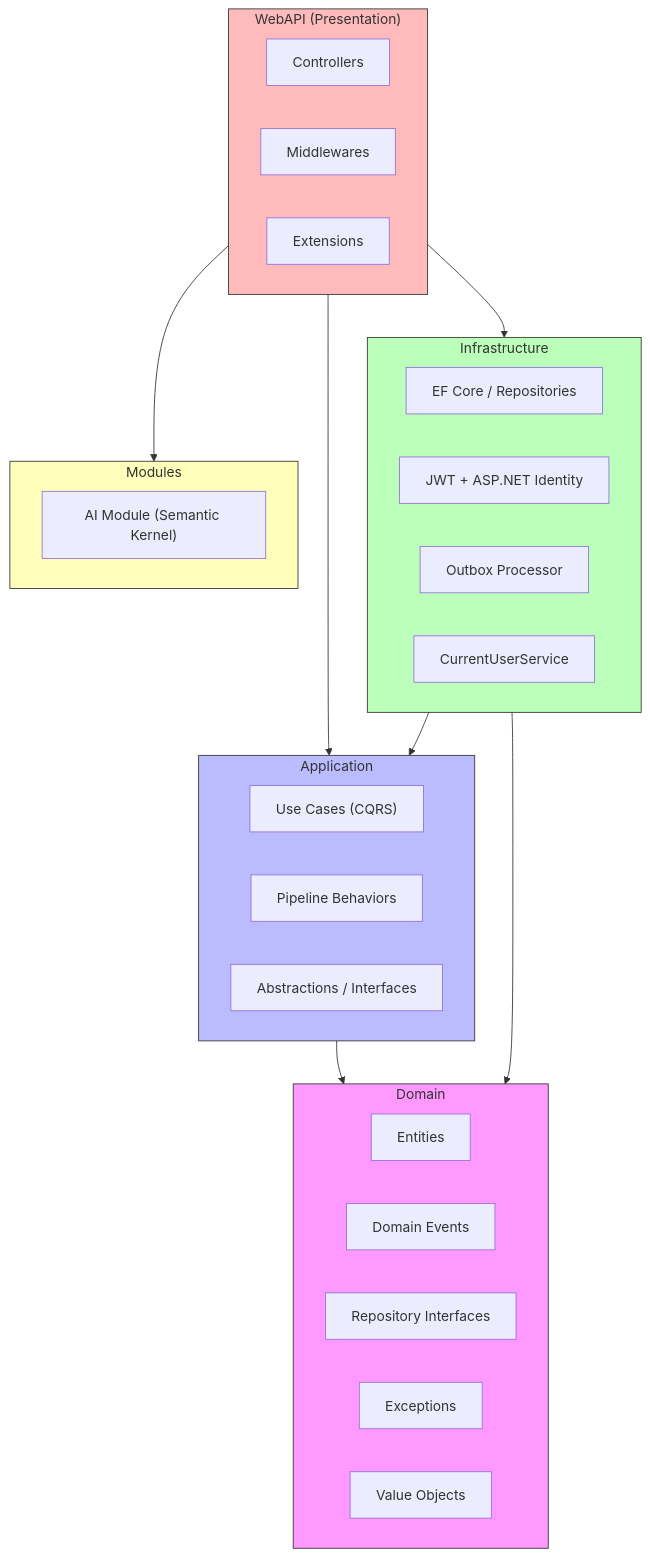
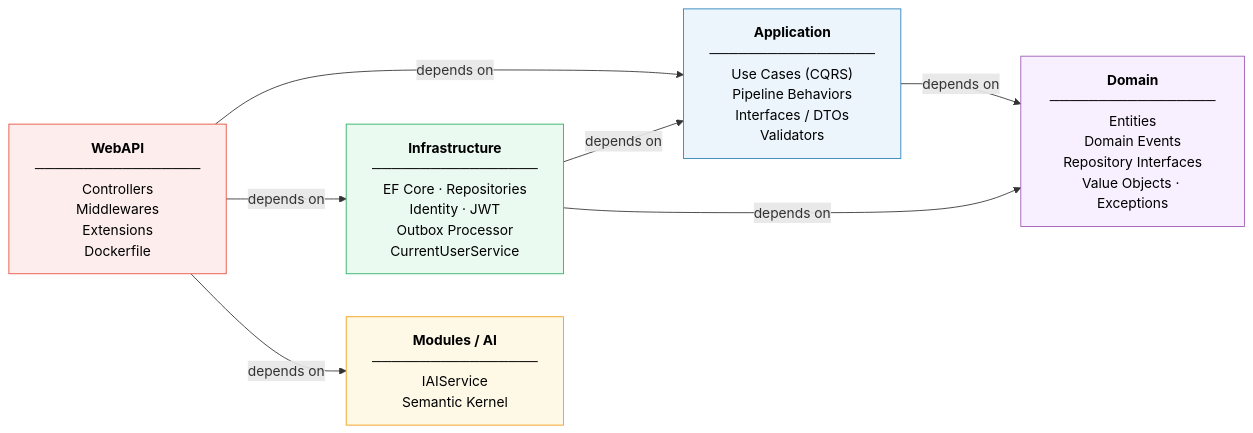
One commit to MateusjsSilva/DotNet.CleanArchitecture changed the first of 10 diagrams in README.md. Above: the diagram before and after it, drawn with Mermaid. The commit also changed other lines of this file, not shown here.

Commit message:
feat: Refactor architecture overview in README.md for clarity and improved diagram representation

````diff
--- a/README.md
+++ b/README.md
@@ -27,46 +27,25 @@
 ```mermaid
-graph TD
-    subgraph Presentation["WebAPI (Presentation)"]
-        Controllers
-        Middlewares
-        Extensions
-    end
+graph LR
+    WA["<b>WebAPI</b><br/>─────────────────<br/>Controllers<br/>Middlewares<br/>Extensions<br/>Dockerfile"]
 
-    subgraph Application
-        UseCases["Use Cases (CQRS)"]
-        Behaviors["Pipeline Behaviors"]
-        Interfaces["Abstractions / Interfaces"]
-    end
+    IF["<b>Infrastructure</b><br/>─────────────────<br/>EF Core · Repositories<br/>Identity · JWT<br/>Outbox Processor<br/>CurrentUserService"]
 
-    subgraph Domain
-        Entities
-        Events["Domain Events"]
-        DomainInterfaces["Repository Interfaces"]
-        Exceptions
-        ValueObjects["Value Objects"]
-    end
+    AP["<b>Application</b><br/>─────────────────<br/>Use Cases (CQRS)<br/>Pipeline Behaviors<br/>Interfaces / DTOs<br/>Validators"]
 
-    subgraph Infrastructure
-        Persistence["EF Core / Repositories"]
-        Identity["JWT + ASP.NET Identity"]
-        Outbox["Outbox Processor"]
-        Services["CurrentUserService"]
-    end
+    DM["<b>Domain</b><br/>─────────────────<br/>Entities<br/>Domain Events<br/>Repository Interfaces<br/>Value Objects · Exceptions"]
 
-    subgraph Modules
-        AI["AI Module (Semantic Kernel)"]
-    end
+    MD["<b>Modules / AI</b><br/>─────────────────<br/>IAIService<br/>Semantic Kernel"]
 
-    Presentation --> Application
-    Presentation --> Infrastructure
-    Presentation --> Modules
-    Application --> Domain
-    Infrastructure --> Application
-    Infrastructure --> Domain
+    WA -- depends on --> AP
+    WA -- depends on --> IF
+    WA -- depends on --> MD
+    IF -- depends on --> AP
+    IF -- depends on --> DM
+    AP -- depends on --> DM
 
-    style Domain fill:#f9f,stroke:#333
-    style Application fill:#bbf,stroke:#333
-    style Infrastructure fill:#bfb,stroke:#333
-    style Presentation fill:#fbb,stroke:#333
-    style Modules fill:#ffb,stroke:#333
+    style DM fill:#f9f0ff,stroke:#9b59b6,color:#000
+    style AP fill:#ebf5fb,stroke:#2980b9,color:#000
+    style IF fill:#eafaf1,stroke:#27ae60,color:#000
+    style WA fill:#fdedec,stroke:#e74c3c,color:#000
+    style MD fill:#fef9e7,stroke:#f39c12,color:#000
 ```
````
